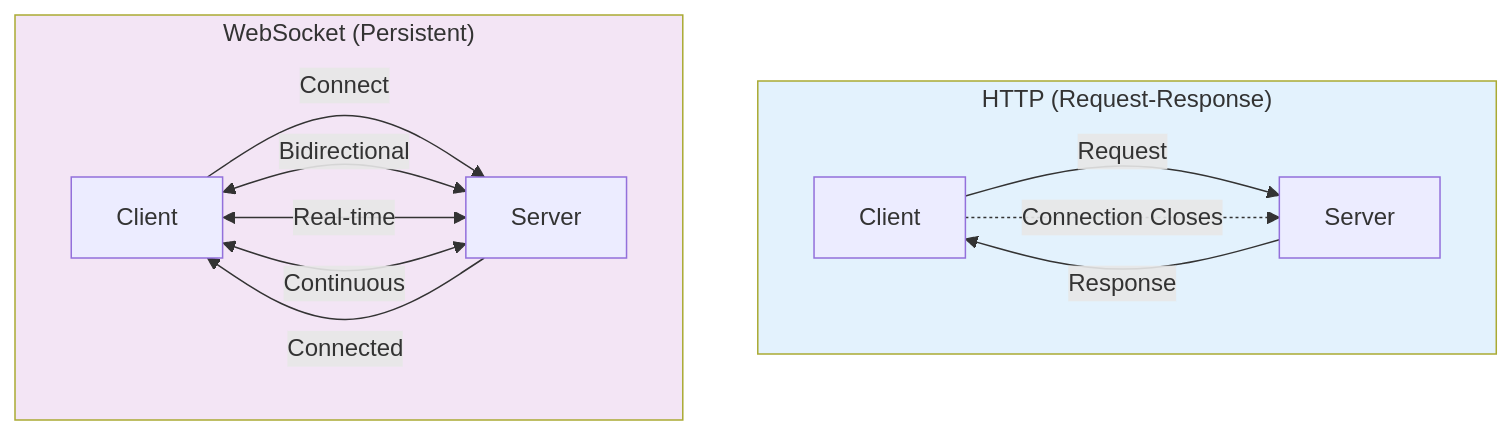
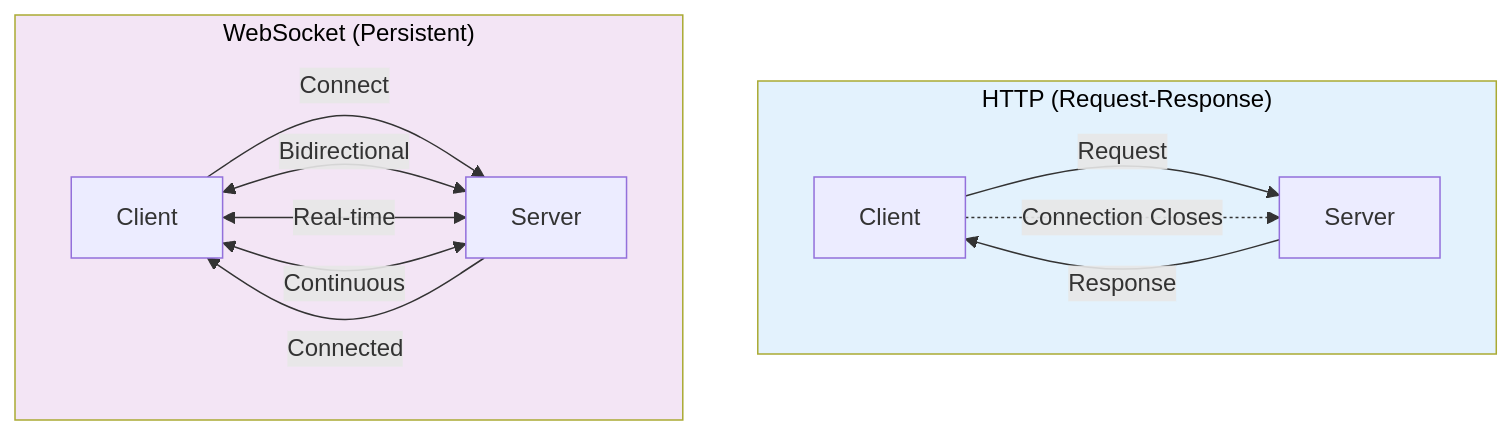
The second of 3 diagrams in docs/session_1/4_apis_websockets_http.md (iNavLabsResearch/ai_starter), drawn with Mermaid before and after one commit. The commit also changed other lines of this file and 8 other files, not shown here.

First line of the commit message:
Fix Mermaid diagram text visibility - set all text to black

````diff
--- a/docs/session_1/4_apis_websockets_http.md
+++ b/docs/session_1/4_apis_websockets_http.md
@@ -110,19 +110,19 @@
 ```mermaid
 graph TB
     subgraph HTTP["HTTP (Request-Response)"]
         A1[Client] -->|Request| B1[Server]
         B1 -->|Response| A1
         A1 -.->|Connection Closes| B1
     end
     
     subgraph WebSocket["WebSocket (Persistent)"]
         A2[Client] -->|Connect| B2[Server]
         B2 -->|Connected| A2
         A2 <-->|Bidirectional| B2
         A2 <-->|Real-time| B2
         A2 <-->|Continuous| B2
     end
     
-    style HTTP fill:#e3f2fd
-    style WebSocket fill:#f3e5f5
+    style HTTP fill:#e3f2fd,color:#000000
+    style WebSocket fill:#f3e5f5,color:#000000
 ```
````
